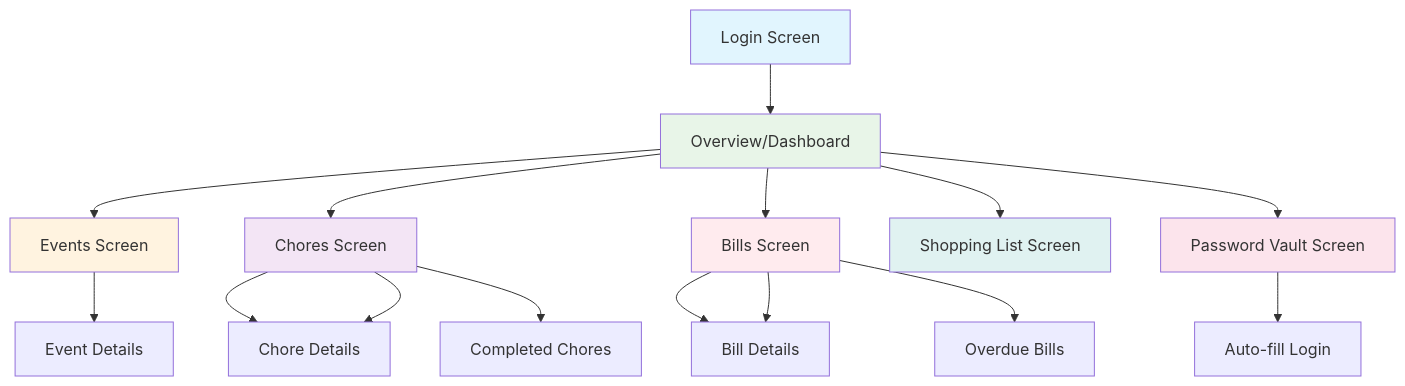
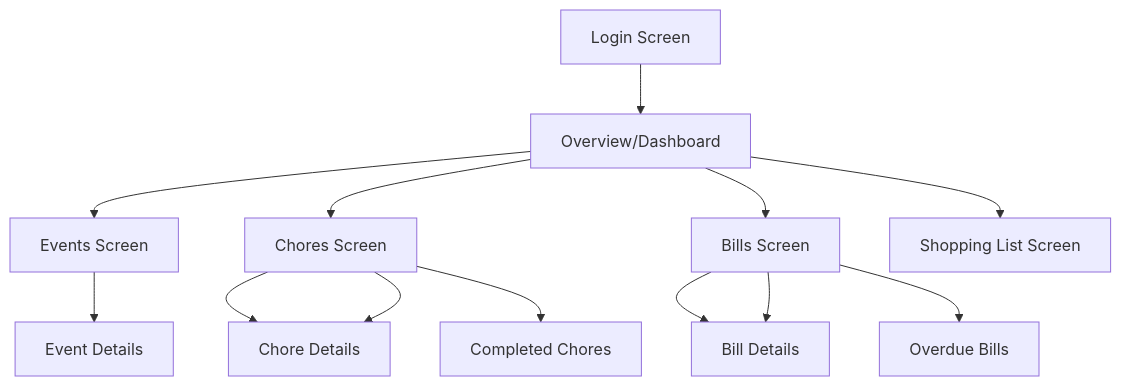
Before and after one commit to eWarzywo/project-mobilki: the second of 2 diagrams in README.md, drawn with Mermaid. The commit also changed other lines of this file, not shown here.

````diff
--- a/README.md
+++ b/README.md
@@ -158,29 +158,18 @@
 ```mermaid
 graph TD
     A[Login Screen] --> B[Overview/Dashboard]
     B --> C[Events Screen]
     B --> D[Chores Screen]
     B --> E[Bills Screen]
     B --> F[Shopping List Screen]
-    B --> G[Password Vault Screen]
 
     D --> D1[Todo Chores]
     D --> D2[Completed Chores]
 
     E --> E1[Upcoming Bills]
     E --> E2[Overdue Bills]
 
-    G --> A1[Auto-fill Login]
-
     C --> C1[Event Details]
     E --> E1[Bill Details]
     D --> D1[Chore Details]
-
-    style A fill:#e1f5fe
-    style B fill:#e8f5e8
-    style C fill:#fff3e0
-    style D fill:#f3e5f5
-    style E fill:#ffebee
-    style F fill:#e0f2f1
-    style G fill:#fce4ec
 ```
````
